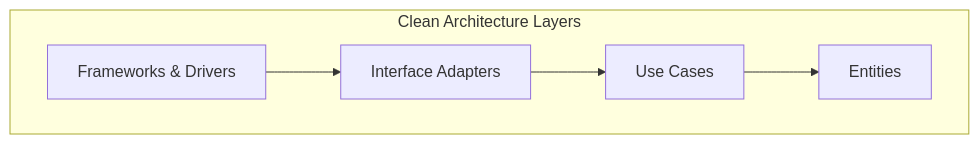
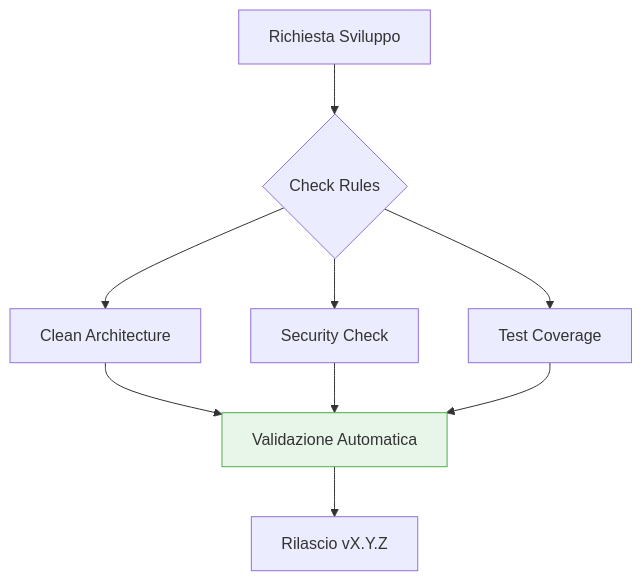
The diagram in .agents/rules/common.md (federicoferrulli/agents-antigravity), drawn with Mermaid before and after one commit. The commit also changed other lines of this file and 17 other files, not shown here.

````diff
--- a/.agents/rules/common.md
+++ b/.agents/rules/common.md
@@ -27,8 +59,10 @@
 ```mermaid
 graph TD
-    subgraph "Clean Architecture Layers"
-        FD[Frameworks & Drivers] --> IA[Interface Adapters]
-        IA --> UC[Use Cases]
-        UC --> E[Entities]
-    end
+    A[Richiesta Sviluppo] --> B{Check Rules}
+    B --> C[Clean Architecture]
+    B --> D[Security Check]
+    B --> E[Test Coverage]
+    C & D & E --> F[Validazione Automatica]
+    F --> G[Rilascio vX.Y.Z]
+    style F fill:#e8f5e9,stroke:#4caf50
 ```
````
